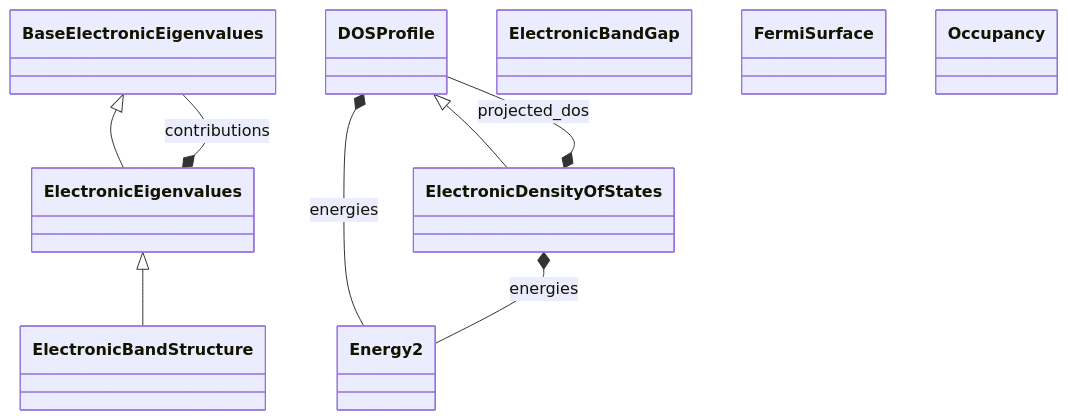
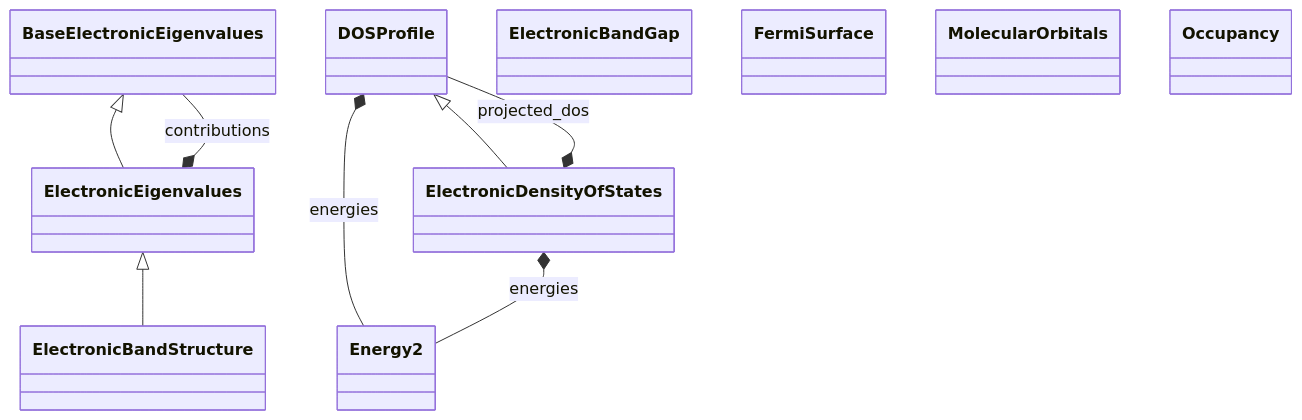
The diagram in docs/schema/electronic_properties.md (FAIRmat-NFDI/nomad-simulations), drawn with Mermaid before and after one commit. The commit also changed other lines of this file and 12 other files, not shown here.

````diff
--- a/docs/schema/electronic_properties.md
+++ b/docs/schema/electronic_properties.md
@@ -11,19 +11,20 @@
 ```mermaid
 classDiagram
     class BaseElectronicEigenvalues
     class DOSProfile
     class ElectronicBandGap
     class ElectronicBandStructure
     class ElectronicDensityOfStates
     class ElectronicEigenvalues
     class Energy2
     class FermiSurface
+    class MolecularOrbitals
     class Occupancy
     ElectronicEigenvalues <|-- ElectronicBandStructure
     DOSProfile <|-- ElectronicDensityOfStates
     BaseElectronicEigenvalues <|-- ElectronicEigenvalues
     DOSProfile *-- Energy2 : energies
     ElectronicDensityOfStates *-- DOSProfile : projected_dos
     ElectronicDensityOfStates *-- Energy2 : energies
     ElectronicEigenvalues *-- BaseElectronicEigenvalues : contributions
 ```
````
